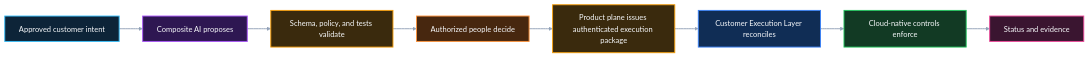
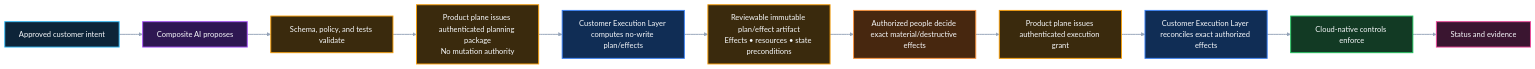
The diagram in docs/bootstrap-foundation-readiness/architecture/authority-and-trust-boundaries.md (InfrastructureProductWorks/ai-powered-infrastructure-as-a-product), drawn with Mermaid before and after one commit.

Commit message:
docs: plan before human decision in fixed authority chain

````diff
--- a/docs/bootstrap-foundation-readiness/architecture/authority-and-trust-boundaries.md
+++ b/docs/bootstrap-foundation-readiness/architecture/authority-and-trust-boundaries.md
@@ -30,27 +30,29 @@
 ```mermaid
 flowchart LR
   INTENT[Approved customer intent] --> AI[Composite AI proposes]
   AI --> CONTROL[Schema, policy, and tests validate]
-  CONTROL --> HUMAN[Authorized people decide]
-  HUMAN --> PACKAGE[Product plane issues authenticated execution package]
-  PACKAGE --> RECONCILE[Customer Execution Layer reconciles]
+  CONTROL --> PREQ[Product plane issues authenticated planning package\nNo mutation authority]
+  PREQ --> PLANEXEC[Customer Execution Layer computes no-write plan/effects]
+  PLANEXEC --> PLAN[Reviewable immutable plan/effect artifact\nEffects • resources • state preconditions]
+  PLAN --> HUMAN[Authorized people decide exact material/destructive effects]
+  HUMAN --> GRANT[Product plane issues authenticated execution grant]
+  GRANT --> RECONCILE[Customer Execution Layer reconciles exact authorized effects]
   RECONCILE --> CLOUD[Cloud-native controls enforce]
   CLOUD --> EVIDENCE[Status and evidence]
 
   classDef experience fill:#0D2438,stroke:#38BDF8,stroke-width:2px,color:#F8FAFC
   classDef ai fill:#2E1752,stroke:#A855F7,stroke-width:2px,color:#F8FAFC
   classDef governance fill:#3A2A0D,stroke:#F59E0B,stroke-width:2px,color:#F8FAFC
   classDef human fill:#47270F,stroke:#FB923C,stroke-width:2px,color:#F8FAFC
   classDef control fill:#102D55,stroke:#3B82F6,stroke-width:2px,color:#F8FAFC
   classDef enforcement fill:#123A24,stroke:#22C55E,stroke-width:2px,color:#F8FAFC
   classDef evidence fill:#3A1530,stroke:#EC4899,stroke-width:2px,color:#F8FAFC
   class INTENT experience
   class AI ai
-  class CONTROL governance
+  class CONTROL,PREQ,PLAN,GRANT governance
   class HUMAN human
-  class PACKAGE governance
-  class RECONCILE control
+  class PLANEXEC,RECONCILE control
   class CLOUD enforcement
   class EVIDENCE evidence
   linkStyle default stroke:#94A3B8,stroke-width:2px
 ```
````
